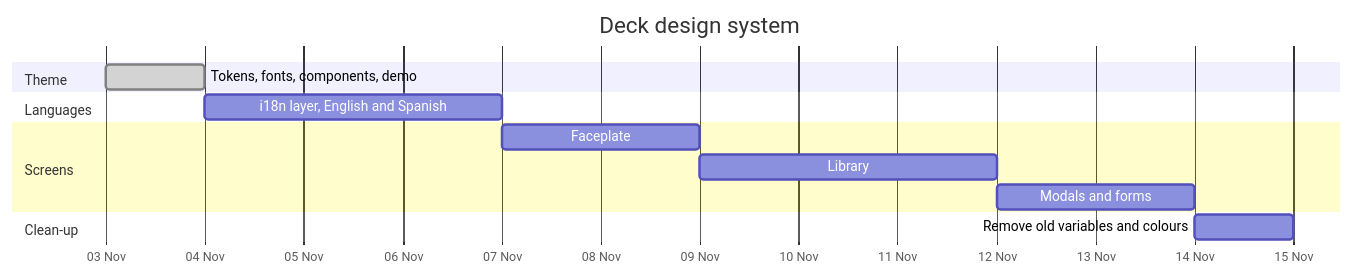
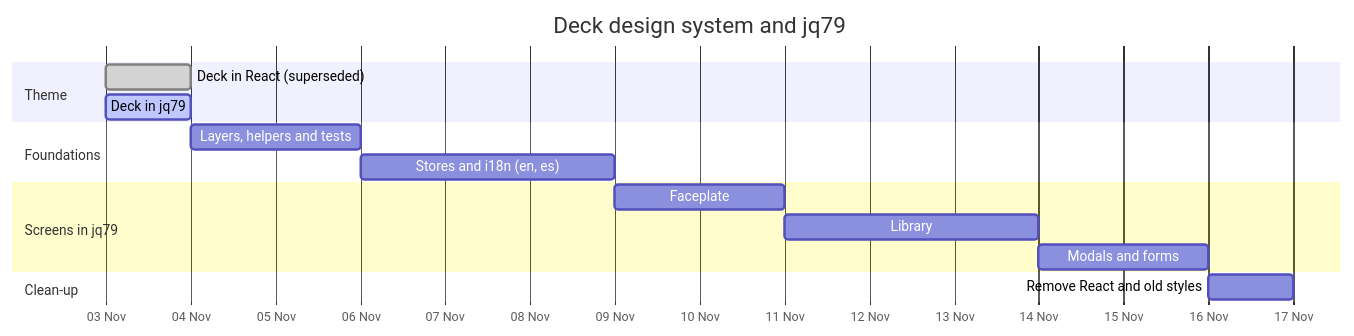
The diagram in ROADMAP/2026-11-03/deck-design-system.md (jgermade/jackbird), drawn with Mermaid before and after one commit. The commit also changed other lines of this file and 2 other files, not shown here.

Commit message:
docs: record jq79 decisions, add layer rules, rewrite roadmap
Claude-Session: https://claude.ai/code/session_017MbmisVGqk6rhSioqNb8wb

````diff
--- a/ROADMAP/2026-11-03/deck-design-system.md
+++ b/ROADMAP/2026-11-03/deck-design-system.md
@@ -6,16 +8,18 @@
 ```mermaid
 gantt
-  title Deck design system
+  title Deck design system and jq79
   dateFormat YYYY-MM-DD
   axisFormat %d %b
   section Theme
-    Tokens, fonts, components, demo   :done, theme, 2026-11-03, 1d
-  section Languages
-    i18n layer, English and Spanish   :i18n, after theme, 3d
-  section Screens
-    Faceplate                         :face, after i18n, 2d
-    Library                           :lib, after face, 3d
-    Modals and forms                  :forms, after lib, 2d
+    Deck in React (superseded)         :done, react, 2026-11-03, 1d
+    Deck in jq79                       :active, theme, 2026-11-03, 1d
+  section Foundations
+    Layers, helpers and tests          :layers, after theme, 2d
+    Stores and i18n (en, es)           :stores, after layers, 3d
+  section Screens in jq79
+    Faceplate                          :face, after stores, 2d
+    Library                            :lib, after face, 3d
+    Modals and forms                   :forms, after lib, 2d
   section Clean-up
-    Remove old variables and colours  :clean, after forms, 1d
+    Remove React and old styles        :clean, after forms, 1d
 ```
````
